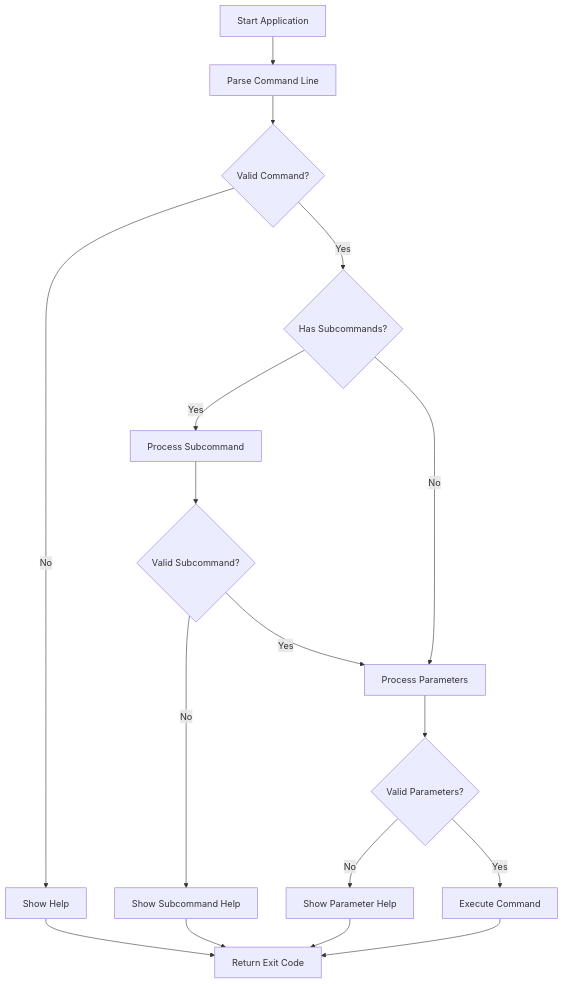
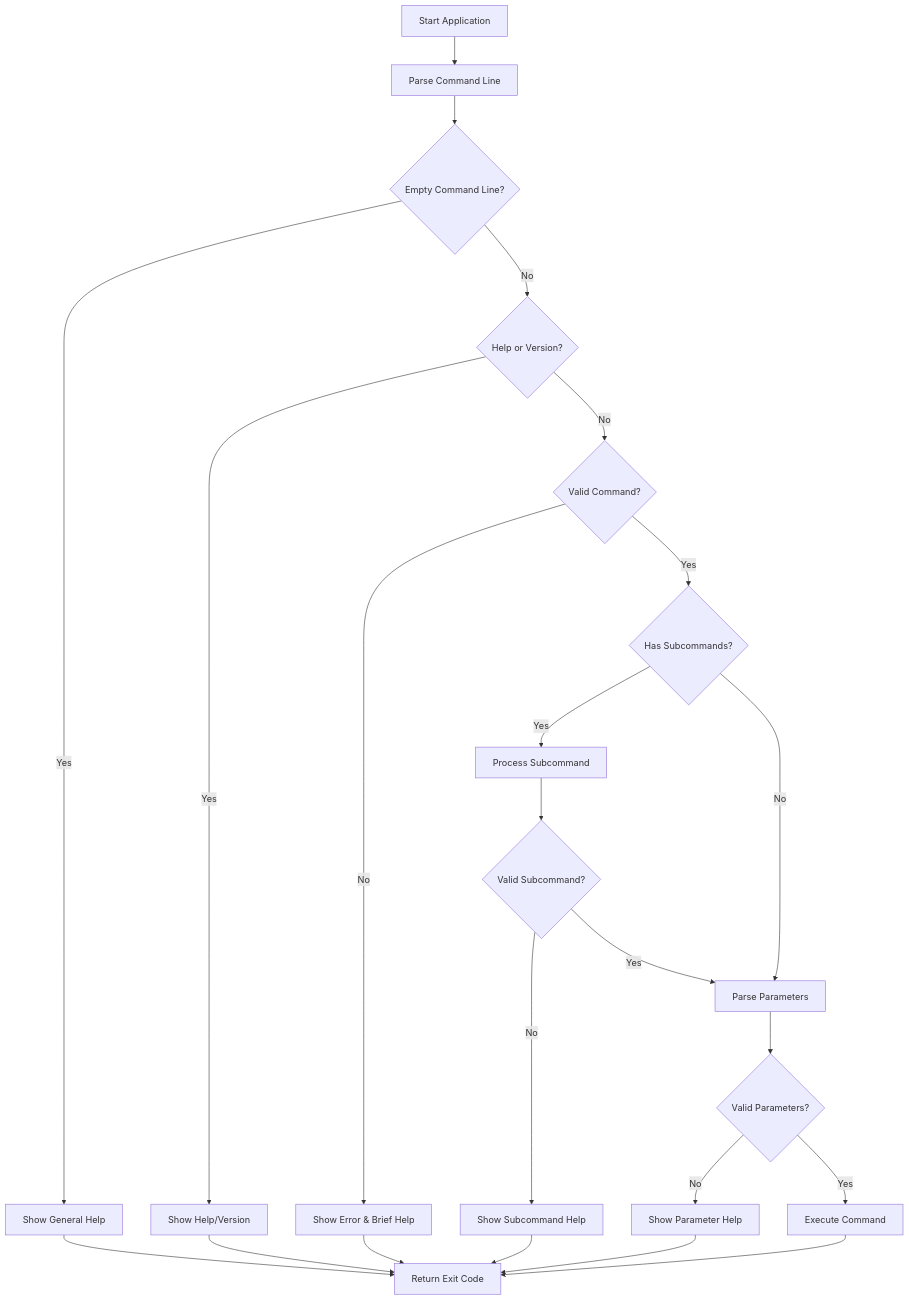
Before and after one commit to ikelaiah/cli-fp: the first of 2 diagrams in docs/user-manual.md, drawn with Mermaid. The commit also changed other lines of this file and 1 other file, not shown here.

````diff
--- a/docs/user-manual.md
+++ b/docs/user-manual.md
@@ -52,19 +52,25 @@
 ```mermaid
 flowchart TD
     A[Start Application] --> B[Parse Command Line]
-    B --> C{Valid Command?}
-    C -->|No| D[Show Help]
-    C -->|Yes| E{Has Subcommands?}
-    E -->|Yes| F[Process Subcommand]
-    F --> G{Valid Subcommand?}
-    G -->|No| H[Show Subcommand Help]
-    G -->|Yes| I[Process Parameters]
-    E -->|No| I
-    I --> J{Valid Parameters?}
-    J -->|No| K[Show Parameter Help]
-    J -->|Yes| L[Execute Command]
-    L --> M[Return Exit Code]
-    D --> M
-    H --> M
-    K --> M
+    B --> C{Empty Command Line?}
+    C -->|Yes| D[Show General Help]
+    C -->|No| E{Help or Version?}
+    E -->|Yes| F[Show Help/Version]
+    E -->|No| G{Valid Command?}
+    G -->|No| H[Show Error & Brief Help]
+    G -->|Yes| I{Has Subcommands?}
+    I -->|Yes| J[Process Subcommand]
+    J --> K{Valid Subcommand?}
+    K -->|No| L[Show Subcommand Help]
+    K -->|Yes| M[Parse Parameters]
+    I -->|No| M
+    M --> N{Valid Parameters?}
+    N -->|No| O[Show Parameter Help]
+    N -->|Yes| P[Execute Command]
+    P --> Q[Return Exit Code]
+    D --> Q
+    F --> Q
+    H --> Q
+    L --> Q
+    O --> Q
 ```
````
